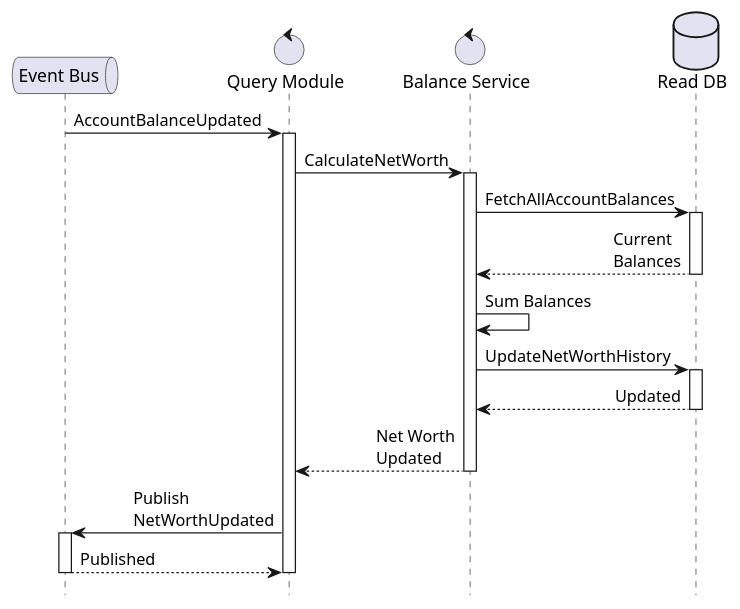
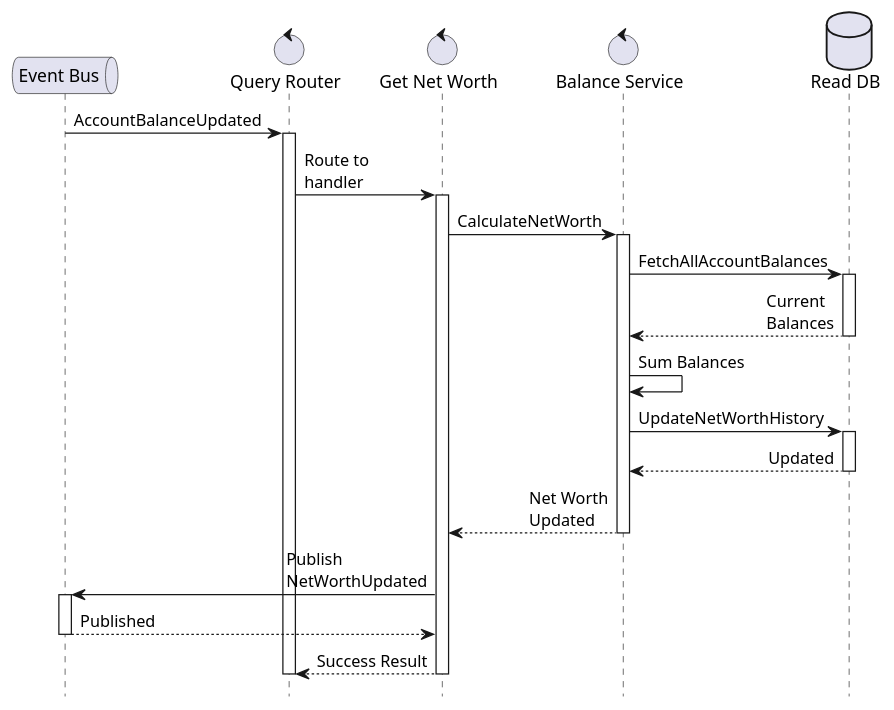
Before and after one commit to Osguima3/welz: the third of 4 diagrams in docs/model/sequence-diagrams.md, drawn with PlantUML. The commit also changed other lines of this file and 59 other files, not shown here.

````diff
--- a/docs/model/sequence-diagrams.md
+++ b/docs/model/sequence-diagrams.md
@@ -154,43 +164,48 @@
 ```plantuml
 @startuml
 !pragma teoz true
 skinparam responseMessageBelowArrow true
 skinparam sequenceMessageAlign direction
 skinparam maxMessageSize 100
 skinparam participantPadding 20
 skinparam boxPadding 10
 hide footbox
 
 queue       "Event Bus"              as EB
-control     "Query Module"           as QM
+control     "Query Router"           as QR
+control     "Get Net Worth"          as GNW
 control     "Balance Service"        as BS
 database    "Read DB"               as DB
 
-EB -> QM: AccountBalanceUpdated
-activate QM
+EB -> QR: AccountBalanceUpdated
+activate QR
+QR -> GNW: Route to handler
+activate GNW
 
-QM -> BS: CalculateNetWorth
+GNW -> BS: CalculateNetWorth
 activate BS
 
 BS -> DB: FetchAllAccountBalances
 activate DB
 DB --> BS: Current Balances
 deactivate DB
 
 BS -> BS: Sum Balances
 BS -> DB: UpdateNetWorthHistory
 activate DB
 DB --> BS: Updated
 deactivate DB
 
-BS --> QM: Net Worth Updated
+BS --> GNW: Net Worth Updated
 deactivate BS
 
-QM -> EB: Publish NetWorthUpdated
+GNW -> EB: Publish NetWorthUpdated
 activate EB
-EB --> QM: Published
+EB --> GNW: Published
 deactivate EB
 
-deactivate QM
+GNW --> QR: Success Result
+deactivate GNW
+deactivate QR
 @enduml
 ```
````
